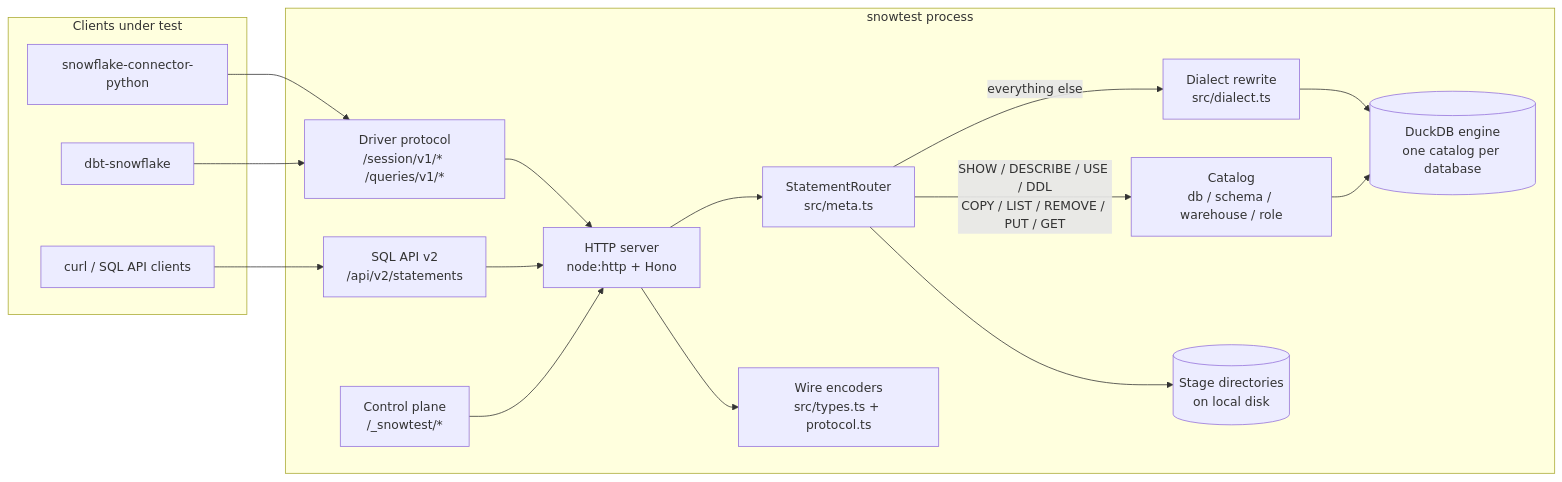
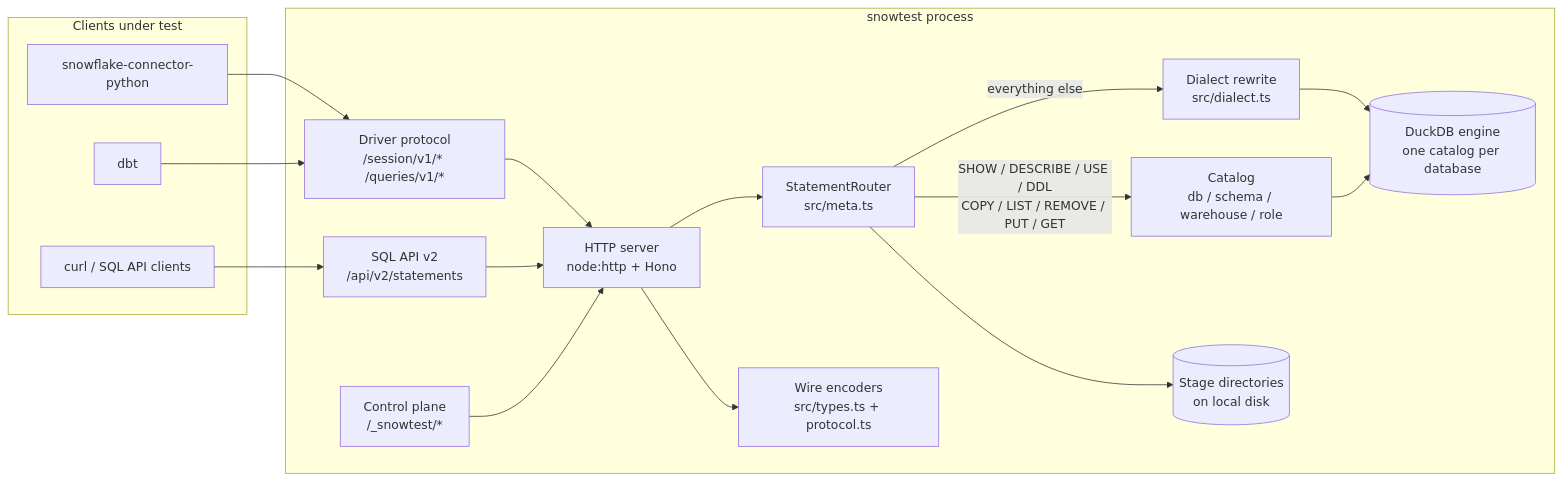
One commit to sri369c/SnowTest changed the first of 6 diagrams in docs/design.md. Above: the diagram before and after it, drawn with Mermaid. The commit also changed other lines of this file and 23 other files, not shown here.

````diff
--- a/docs/design.md
+++ b/docs/design.md
@@ -37,35 +37,35 @@
 ```mermaid
 flowchart LR
   subgraph clients[Clients under test]
     PY["snowflake-connector-python"]
-    DBT["dbt-snowflake"]
+    DBT["dbt"]
     RAW["curl / SQL API clients"]
   end
 
   subgraph snowtest[snowtest process]
     S["HTTP server<br/>node:http + Hono"]
     D["Driver protocol<br/>/session/v1/* /queries/v1/*"]
     A["SQL API v2<br/>/api/v2/statements"]
     C["Control plane<br/>/_snowtest/*"]
     R["StatementRouter<br/>src/meta.ts"]
     X["Dialect rewrite<br/>src/dialect.ts"]
     E[("DuckDB engine<br/>one catalog per database")]
     CAT["Catalog<br/>db / schema / warehouse / role"]
     FS[("Stage directories<br/>on local disk")]
     ENC["Wire encoders<br/>src/types.ts + protocol.ts"]
   end
 
   PY --> D
   DBT --> D
   RAW --> A
   D --> S
   A --> S
   C --> S
   S --> ENC
   S --> R
   R -->|"SHOW / DESCRIBE / USE / DDL<br/>COPY / LIST / REMOVE / PUT / GET"| CAT
   R --> FS
   R -->|"everything else"| X
   X --> E
   CAT --> E
 ```
````
